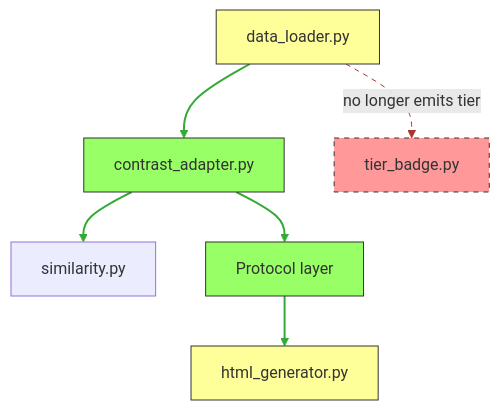
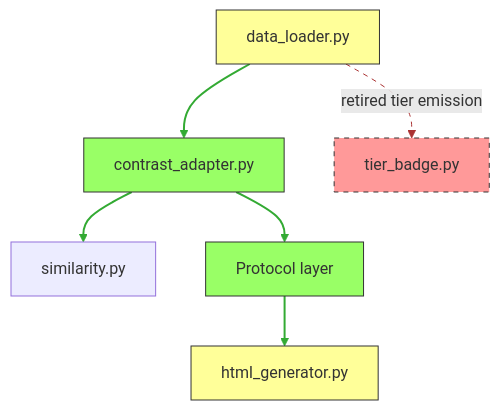
The second of 2 diagrams in docs/workflows/architect/01-architecture.md (tony-zhelonkin/SciAgent-toolkit), drawn with Mermaid before and after one commit. The commit also changed other lines of this file and 26 other files, not shown here.

````diff
--- a/docs/workflows/architect/01-architecture.md
+++ b/docs/workflows/architect/01-architecture.md
@@ -254,27 +191,27 @@
 ```mermaid
 graph TD
   DL[data_loader.py]
   SIM[similarity.py]
   ADAPT[contrast_adapter.py]
   PROT[Protocol layer]
   HTML[html_generator.py]
   OLD[tier_badge.py]
 
   DL --> ADAPT
   ADAPT --> SIM
   ADAPT --> PROT
   PROT --> HTML
-  DL -.->|no longer emits tier| OLD
+  DL -.->|retired tier emission| OLD
 
   classDef new fill:#9f6,stroke:#333;
   classDef removed fill:#f99,stroke:#333,stroke-dasharray:5 5;
   classDef touched fill:#ff9,stroke:#333;
   class ADAPT,PROT new;
   class OLD removed;
   class DL,HTML touched;
   linkStyle 0 stroke:#3a3,stroke-width:2px;
   linkStyle 1 stroke:#3a3,stroke-width:2px;
   linkStyle 2 stroke:#3a3,stroke-width:2px;
   linkStyle 3 stroke:#3a3,stroke-width:2px;
   linkStyle 4 stroke:#a33,stroke-dasharray:5 5;
 ```
````
